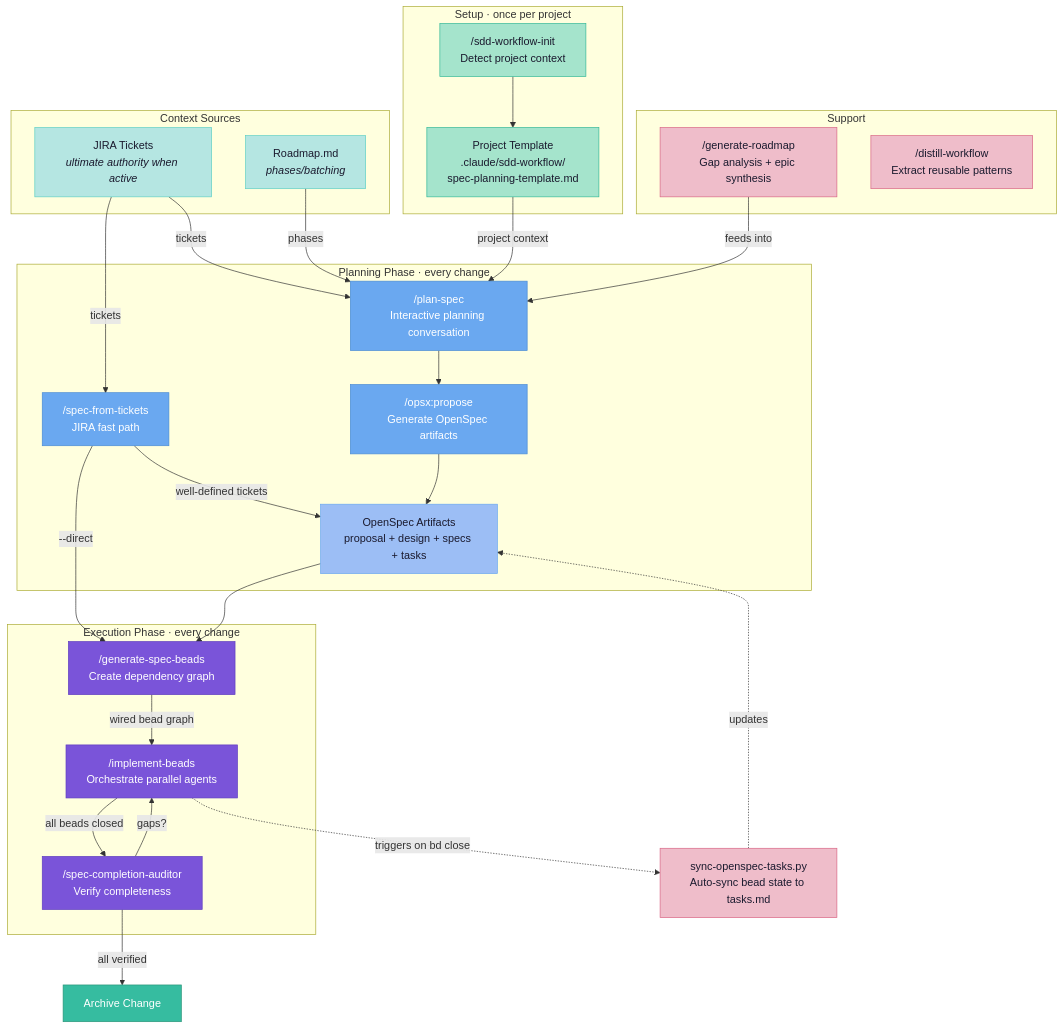
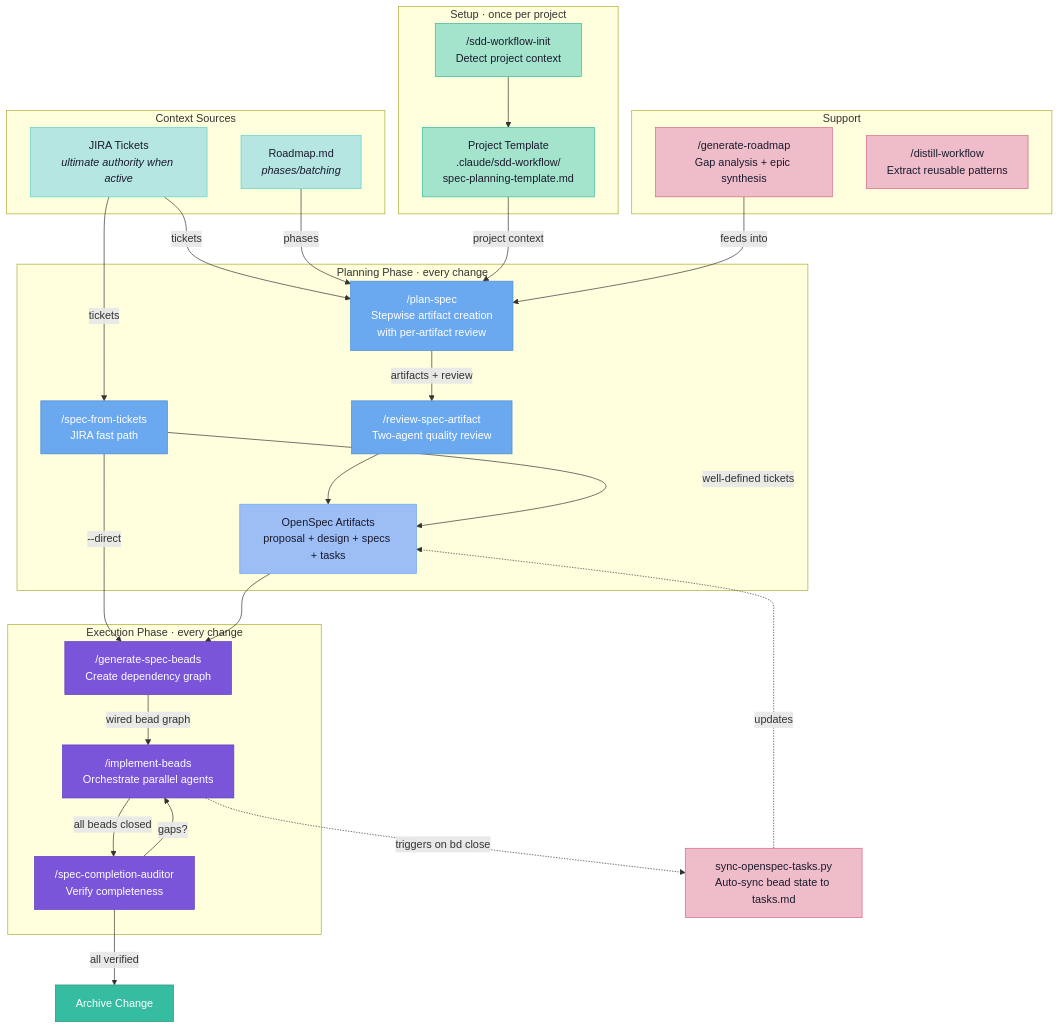
The first of 5 diagrams in plugins/sdd-workflow/README.md (Sand2Silicon/sand2silicon-agentic-skills), drawn with Mermaid before and after one commit. The commit also changed other lines of this file and 10 other files, not shown here.

First line of the commit message:
feat(sdd-workflow): stepwise planning with dual-reviewer validation (v1.3.0)

````diff
--- a/plugins/sdd-workflow/README.md
+++ b/plugins/sdd-workflow/README.md
@@ -49,59 +49,59 @@
 ```mermaid
 flowchart TD
     classDef context fill:#b5e6e2,stroke:#5ecfc5,color:#1a1a2e
     classDef setup fill:#a5e4cc,stroke:#32b898,color:#1a1a2e
     classDef planning fill:#6aa8f0,stroke:#4a8bd4,color:#fff
     classDef artifact fill:#9cbef5,stroke:#6aa8f0,color:#1a1a2e
     classDef execution fill:#7a54d9,stroke:#5e3dbf,color:#fff
     classDef support fill:#efbdca,stroke:#d96585,color:#1a1a2e
     classDef success fill:#36bca0,stroke:#289478,color:#fff
 
     subgraph CTX [" Context Sources "]
         JIRA["JIRA Tickets<br/><i>ultimate authority when active</i>"]:::context
         RM["Roadmap.md<br/><i>phases/batching</i>"]:::context
     end
 
     subgraph SET [" Setup · once per project "]
         INIT["/sdd-workflow-init<br/>Detect project context"]:::setup
         PTPL["Project Template<br/>.claude/sdd-workflow/<br/>spec-planning-template.md"]:::setup
     end
 
     subgraph PLN [" Planning Phase · every change "]
-        PS["/plan-spec<br/>Interactive planning conversation"]:::planning
+        PS["/plan-spec<br/>Stepwise artifact creation<br/>with per-artifact review"]:::planning
         SFT["/spec-from-tickets<br/>JIRA fast path"]:::planning
-        PROPOSE["/opsx:propose<br/>Generate OpenSpec artifacts"]:::planning
+        RSA["/review-spec-artifact<br/>Two-agent quality review"]:::planning
         OS["OpenSpec Artifacts<br/>proposal + design + specs + tasks"]:::artifact
     end
 
     subgraph EXE [" Execution Phase · every change "]
         GSB["/generate-spec-beads<br/>Create dependency graph"]:::execution
         IB["/implement-beads<br/>Orchestrate parallel agents"]:::execution
         SCA["/spec-completion-auditor<br/>Verify completeness"]:::execution
     end
 
     subgraph SUP [" Support "]
         GR["/generate-roadmap<br/>Gap analysis + epic synthesis"]:::support
         DW["/distill-workflow<br/>Extract reusable patterns"]:::support
     end
 
     SYNC["sync-openspec-tasks.py<br/>Auto-sync bead state to tasks.md"]:::support
 
     INIT --> PTPL
     JIRA -->|"tickets"| PS
     JIRA -->|"tickets"| SFT
     RM -->|"phases"| PS
     PTPL -->|"project context"| PS
-    PS --> PROPOSE
+    PS -->|"artifacts + review"| RSA
+    RSA --> OS
     SFT -->|"well-defined tickets"| OS
     SFT -->|"--direct"| GSB
-    PROPOSE --> OS
     OS --> GSB
     GSB -->|"wired bead graph"| IB
     IB -->|"all beads closed"| SCA
     SCA -->|"gaps?"| IB
     SCA -->|"all verified"| ARCHIVE["Archive Change"]:::success
 
     GR -->|"feeds into"| PS
     IB -.->|"triggers on bd close"| SYNC
     SYNC -.->|"updates"| OS
 ```
````
